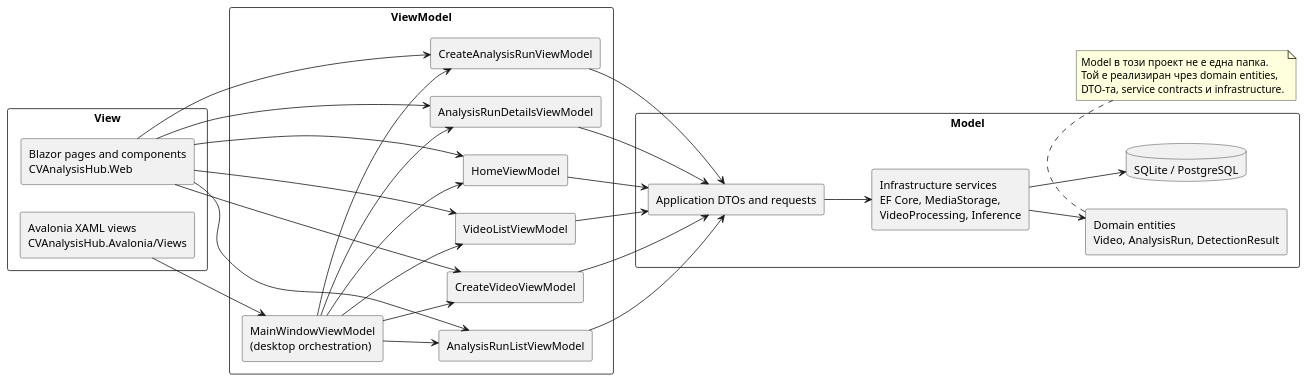
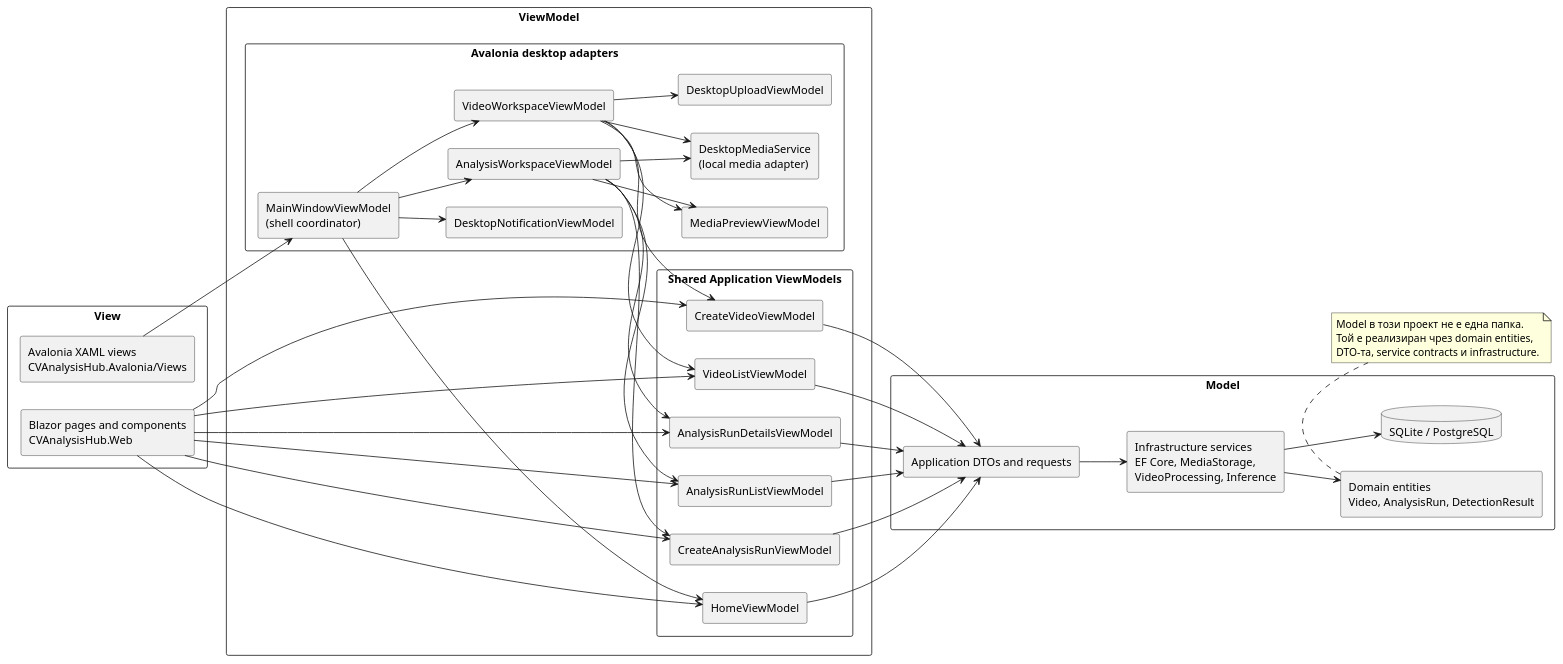
One commit to Apsie09/CV-Analysis-Hub changed the diagram in documentation/figures/diagrams/mvvm-mapping.puml. Above: the diagram before and after it, drawn with PlantUML. The commit also changed 29 other files, not shown here.

```diff
--- a/documentation/figures/diagrams/mvvm-mapping.puml
+++ b/documentation/figures/diagrams/mvvm-mapping.puml
@@ -1,60 +1,79 @@
 @startuml
 left to right direction
 skinparam componentStyle rectangle
 skinparam packageStyle rectangle
 
 package "View" {
   component "Blazor pages and components\nCVAnalysisHub.Web" as view_web
   component "Avalonia XAML views\nCVAnalysisHub.Avalonia/Views" as view_avalonia
 }
 
 package "ViewModel" {
-  component "HomeViewModel" as vm_home
-  component "VideoListViewModel" as vm_videos
-  component "CreateVideoViewModel" as vm_create_video
-  component "AnalysisRunListViewModel" as vm_analysis_list
-  component "CreateAnalysisRunViewModel" as vm_create_analysis
-  component "AnalysisRunDetailsViewModel" as vm_analysis_details
-  component "MainWindowViewModel\n(desktop orchestration)" as vm_shell
+  package "Shared Application ViewModels" {
+    component "HomeViewModel" as vm_home
+    component "VideoListViewModel" as vm_videos
+    component "CreateVideoViewModel" as vm_create_video
+    component "AnalysisRunListViewModel" as vm_analysis_list
+    component "CreateAnalysisRunViewModel" as vm_create_analysis
+    component "AnalysisRunDetailsViewModel" as vm_analysis_details
+  }
+
+  package "Avalonia desktop adapters" {
+    component "MainWindowViewModel\n(shell coordinator)" as vm_shell
+    component "VideoWorkspaceViewModel" as vm_video_workspace
+    component "AnalysisWorkspaceViewModel" as vm_analysis_workspace
+    component "DesktopUploadViewModel" as vm_upload
+    component "MediaPreviewViewModel" as vm_preview
+    component "DesktopNotificationViewModel" as vm_notifications
+    component "DesktopMediaService\n(local media adapter)" as desktop_media
+  }
 }
 
 package "Model" {
   component "Domain entities\nVideo, AnalysisRun, DetectionResult" as model_domain
   component "Application DTOs and requests" as model_dtos
   component "Infrastructure services\nEF Core, MediaStorage,\nVideoProcessing, Inference" as model_services
   database "SQLite / PostgreSQL" as model_db
 }
 
 view_web --> vm_home
 view_web --> vm_videos
 view_web --> vm_create_video
 view_web --> vm_analysis_list
 view_web --> vm_create_analysis
 view_web --> vm_analysis_details
 
 view_avalonia --> vm_shell
 vm_shell --> vm_home
-vm_shell --> vm_videos
-vm_shell --> vm_create_video
-vm_shell --> vm_analysis_list
-vm_shell --> vm_create_analysis
-vm_shell --> vm_analysis_details
+vm_shell --> vm_video_workspace
+vm_shell --> vm_analysis_workspace
+vm_shell --> vm_notifications
+vm_video_workspace --> vm_videos
+vm_video_workspace --> vm_create_video
+vm_video_workspace --> vm_upload
+vm_video_workspace --> vm_preview
+vm_video_workspace --> desktop_media
+vm_analysis_workspace --> vm_analysis_list
+vm_analysis_workspace --> vm_create_analysis
+vm_analysis_workspace --> vm_analysis_details
+vm_analysis_workspace --> vm_preview
+vm_analysis_workspace --> desktop_media
 
 vm_home --> model_dtos
 vm_videos --> model_dtos
 vm_create_video --> model_dtos
 vm_analysis_list --> model_dtos
 vm_create_analysis --> model_dtos
 vm_analysis_details --> model_dtos
 
 model_dtos --> model_services
 model_services --> model_domain
 model_services --> model_db
 
 note bottom of model_domain
 Model в този проект не е една папка.
 Той е реализиран чрез domain entities,
 DTO-та, service contracts и infrastructure.
 end note
 
 @enduml
```
